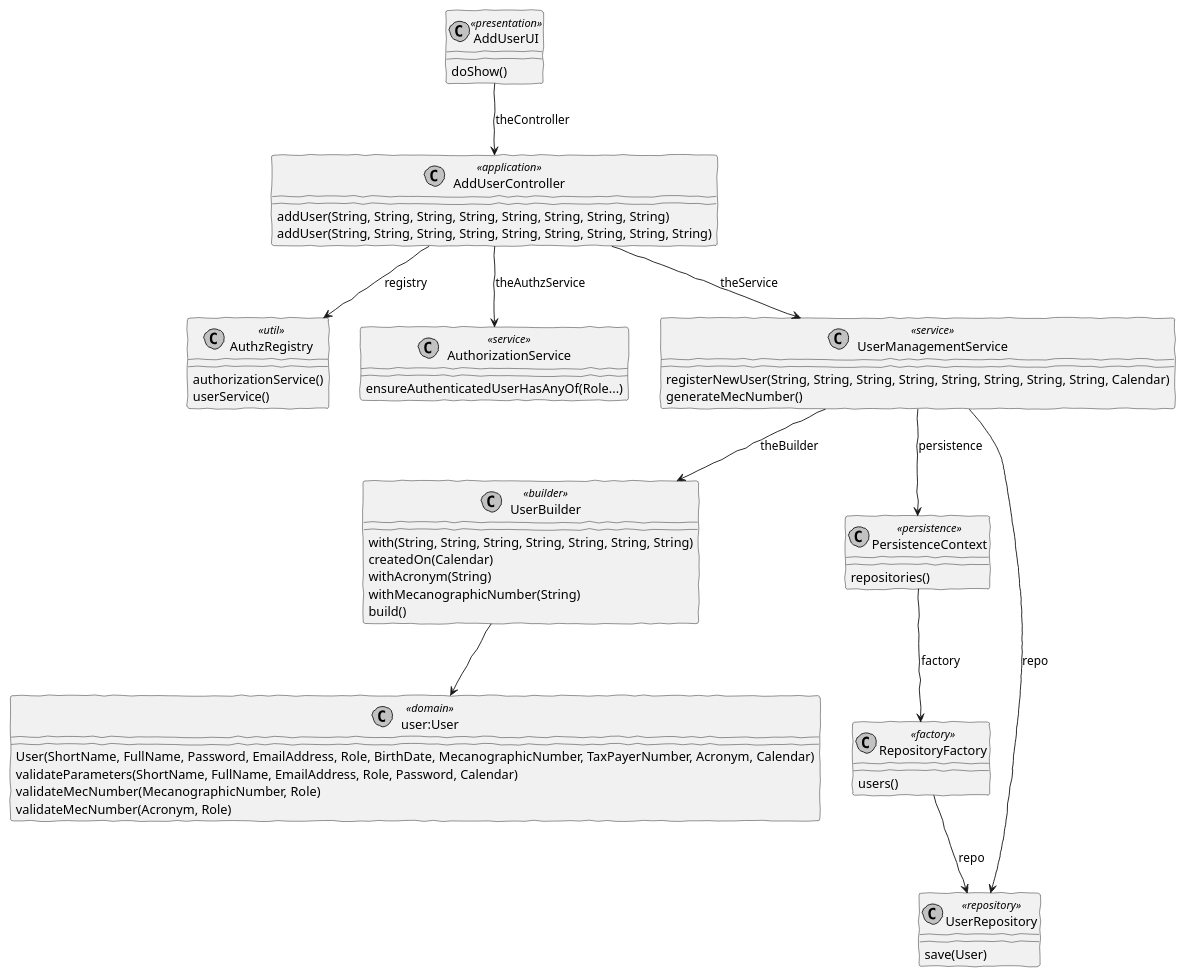
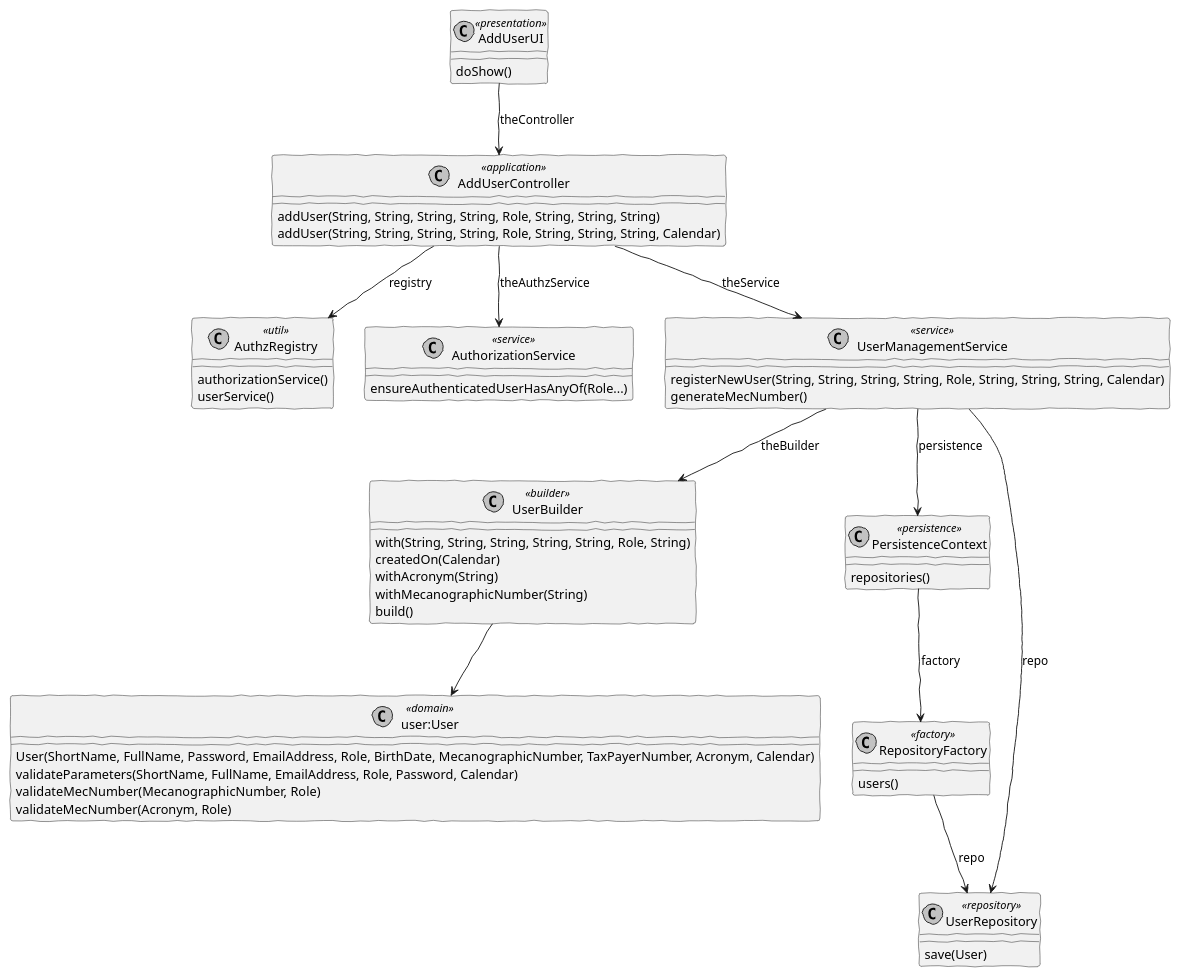
One commit to brunacosta03/sem4pi_22_23 changed the diagram in docs/SPRINT B/US_1001/CD/RegisterUser-CD.puml. Above: the diagram before and after it, drawn with PlantUML. The commit also changed 27 other files, not shown here.

Commit message:
feat: RegisterUserUI & test: UserManagementService

```diff
--- a/docs/SPRINT B/US_1001/CD/RegisterUser-CD.puml
+++ b/docs/SPRINT B/US_1001/CD/RegisterUser-CD.puml
@@ -1,52 +1,52 @@
 @startuml
 'http://plantuml.com/skinparam.html
 skinparam handwritten true
 skinparam monochrome true
 skinparam packageStyle rect
 skinparam defaultFontName FG Virgil
 skinparam shadowing false
 
 class AddUserUI <<presentation>>
 class AddUserController <<application>>
 class AuthzRegistry <<util>>
 class AuthorizationService <<service>>
 class UserManagementService <<service>>
 class UserBuilder <<builder>>
 class "user:User" <<domain>>
 class PersistenceContext  <<persistence>>
 class RepositoryFactory  <<factory>>
 class UserRepository <<repository>>
 
 AddUserUI --> AddUserController : theController
 AddUserController --> AuthorizationService: theAuthzService
 AddUserController --> UserManagementService: theService
 UserManagementService --> UserBuilder: theBuilder
 UserBuilder --> "user:User"
 UserManagementService --> PersistenceContext: persistence
 PersistenceContext --> RepositoryFactory: factory
 RepositoryFactory --> UserRepository: repo
 UserManagementService --> UserRepository: repo
 AddUserController --> AuthzRegistry: registry
 
 AddUserUI : doShow()
 UserRepository : save(User)
-AddUserController : addUser(String, String, String, String, String, String, String, String)
-AddUserController : addUser(String, String, String, String, String, String, String, String, String)
+AddUserController : addUser(String, String, String, String, Role, String, String, String)
+AddUserController : addUser(String, String, String, String, Role, String, String, String, Calendar)
 AuthzRegistry : authorizationService()
 AuthzRegistry : userService()
 AuthorizationService : ensureAuthenticatedUserHasAnyOf(Role...)
-UserManagementService : registerNewUser(String, String, String, String, String, String, String, String, Calendar)
+UserManagementService : registerNewUser(String, String, String, String, Role, String, String, String, Calendar)
 UserManagementService : generateMecNumber()
-UserBuilder : with(String, String, String, String, String, String, String)
+UserBuilder : with(String, String, String, String, String, Role, String)
 UserBuilder : createdOn(Calendar)
 UserBuilder : withAcronym(String)
 UserBuilder : withMecanographicNumber(String)
 UserBuilder : build()
 PersistenceContext : repositories()
 RepositoryFactory : users()
 "user:User" : User(ShortName, FullName, Password, EmailAddress, Role, BirthDate, MecanographicNumber, TaxPayerNumber, Acronym, Calendar)
 "user:User" : validateParameters(ShortName, FullName, EmailAddress, Role, Password, Calendar)
 "user:User" : validateMecNumber(MecanographicNumber, Role)
 "user:User" : validateMecNumber(Acronym, Role)
 
 @enduml
```
